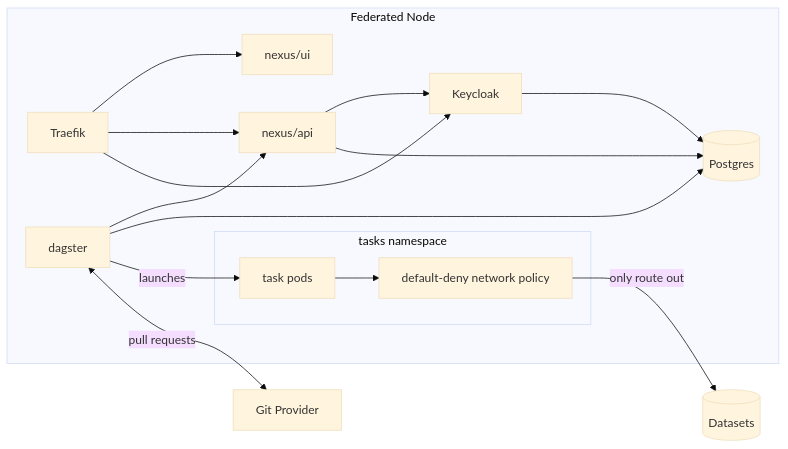
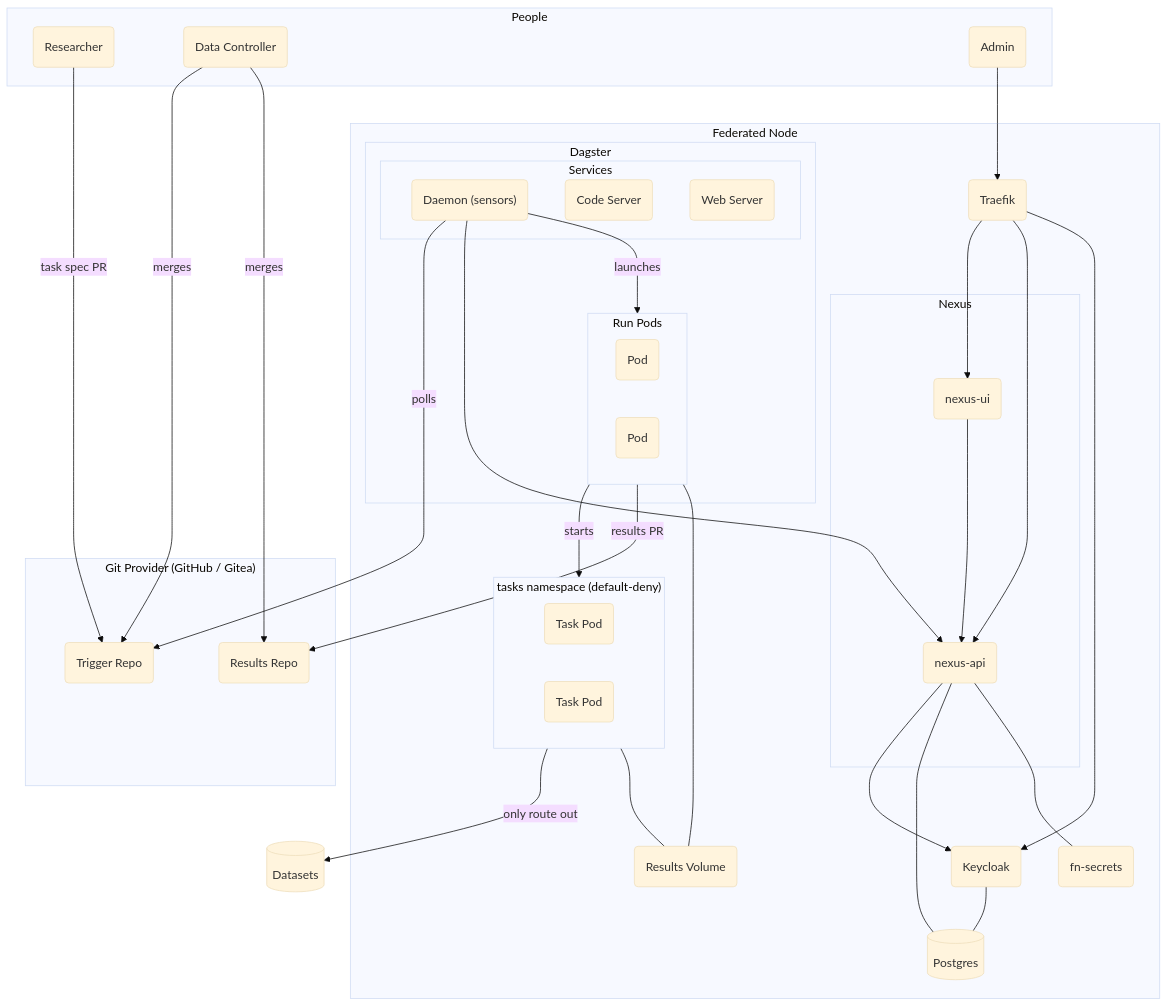
The second of 2 diagrams in README.md (Aridhia-Open-Source/PHEMS_federated_node), drawn with Mermaid (base theme) before and after one commit. The commit also changed other lines of this file and 2 other files, not shown here.

Commit message:
docs: architecture and task sequence diagrams in the phems-sandbox style, updated for the beta node, in the README and the 2.x wiki

````diff
--- a/README.md
+++ b/README.md
@@ -21,29 +32,69 @@
 ```mermaid
-flowchart LR
-    subgraph Node["Federated Node"]
-        TR[Traefik]
-        UI["nexus/ui"]
-        API["nexus/api"]
-        KC[Keycloak]
-        DB[(Postgres)]
-        DG["dagster"]
-        subgraph Tasks["tasks namespace"]
-            TP["task pods"]
-            NP["default-deny network policy"]
-        end
+flowchart TD
+  subgraph People["People"]
+    Researcher("Researcher")
+    DataController("Data Controller")
+    Admin("Admin")
+  end
+
+  subgraph GitProvider["Git Provider (GitHub / Gitea)"]
+    TriggerRepo("Trigger Repo")
+    ResultsRepo("Results Repo")
+  end
+
+  subgraph FederatedNode["Federated Node"]
+    Traefik("Traefik")
+
+    subgraph Nexus["Nexus"]
+      UI("nexus-ui")
+      API("nexus-api")
     end
-    GP[Git Provider]
-    DS[(Datasets)]
-    TR --> UI
-    TR --> API
-    TR --> KC
-    API --> KC
-    API --> DB
-    KC --> DB
-    DG --> API
-    DG --> DB
-    DG -->|"launches"| TP
-    DG <-->|"pull requests"| GP
-    TP --> NP
-    NP -->|"only route out"| DS
+
+    Keycloak("Keycloak")
+    Postgres[("Postgres")]
+    Secrets("fn-secrets")
+
+    subgraph Dagster["Dagster"]
+      subgraph DagsterServices["Services"]
+        Daemon("Daemon (sensors)")
+        CodeServer("Code Server")
+        WebServer("Web Server")
+      end
+
+      subgraph DagsterRuns["Run Pods"]
+        Run1("Pod")
+        Run2("Pod")
+      end
+    end
+
+    subgraph TasksNamespace["tasks namespace (default-deny)"]
+      Task1("Task Pod")
+      Task2("Task Pod")
+    end
+
+    ResultsVolume("Results Volume")
+  end
+
+  Datasets[("Datasets")]
+
+  Researcher -->|"task spec PR"| TriggerRepo
+  DataController -->|"merges"| TriggerRepo
+  DataController -->|"merges"| ResultsRepo
+  Admin --> Traefik
+  Traefik --> UI
+  Traefik --> API
+  Traefik --> Keycloak
+  UI --> API
+  API --> Keycloak
+  API --- Postgres
+  Keycloak --- Postgres
+  API --- Secrets
+  Daemon -->|"polls"| TriggerRepo
+  Daemon --> API
+  Daemon -->|"launches"| DagsterRuns
+  DagsterRuns -->|"starts"| TasksNamespace
+  DagsterRuns -->|"results PR"| ResultsRepo
+  TasksNamespace -->|"only route out"| Datasets
+  TasksNamespace --- ResultsVolume
+  DagsterRuns --- ResultsVolume
 ```
````
